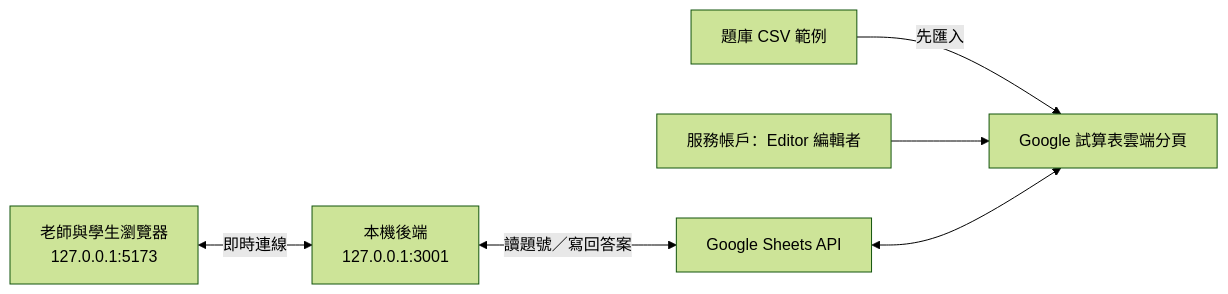
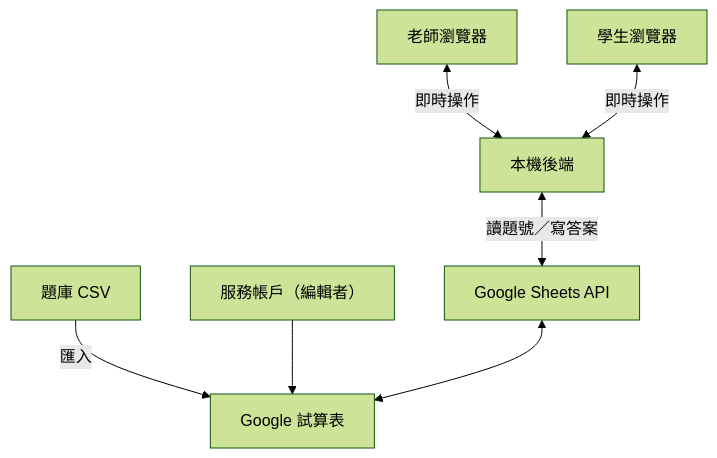
The diagram in README.md (ncuyvonne/speckit-buzzer), drawn with Mermaid (forest theme) before and after one commit. The commit also changed other lines of this file, not shown here.

Commit message:
docs: fix README bold spacing and diagram layout

````diff
--- a/README.md
+++ b/README.md
@@ -9,8 +9,9 @@
 ```mermaid
-flowchart LR
-    CSV[題庫 CSV 範例] -->|先匯入| SHEET[Google 試算表雲端分頁]
-    SA[服務帳戶：Editor 編輯者] --> SHEET
-    BROWSER[老師與學生瀏覽器<br/>127.0.0.1:5173] <-->|即時連線| SERVER[本機後端<br/>127.0.0.1:3001]
-    SERVER <-->|讀題號／寫回答案| API[Google Sheets API]
+flowchart TD
+    CSV["題庫 CSV"] -->|匯入| SHEET["Google 試算表"]
+    ACCOUNT["服務帳戶（編輯者）"] --> SHEET
+    TEACHER["老師瀏覽器"] <-->|即時操作| SERVER["本機後端"]
+    STUDENT["學生瀏覽器"] <-->|即時操作| SERVER
+    SERVER <-->|讀題號／寫答案| API["Google Sheets API"]
     API <--> SHEET
 ```
````
